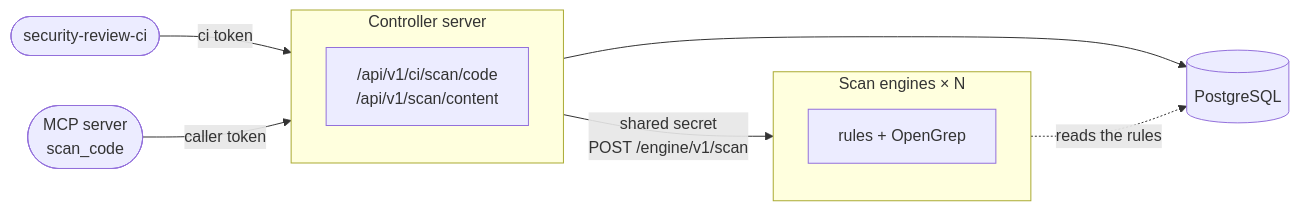
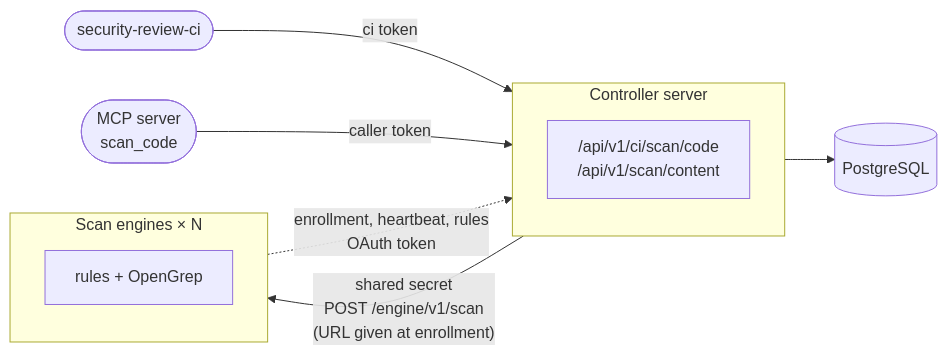
One commit to cyr-ius/security-review changed the diagram in docs/advanced/architecture/scan-engine.md. Above: the diagram before and after it, drawn with Mermaid. The commit also changed other lines of this file and 63 other files, not shown here.

````diff
--- a/docs/advanced/architecture/scan-engine.md
+++ b/docs/advanced/architecture/scan-engine.md
@@ -11,14 +11,14 @@
 ```mermaid
 flowchart LR
     ci(["security-review-ci"]) -- "ci token" --> ctl
     mcp(["MCP server<br/>scan_code"]) -- "caller token" --> ctl
     subgraph ctl["Controller server"]
         ctlr["/api/v1/ci/scan/code<br/>/api/v1/scan/content"]
     end
-    ctl -- "shared secret<br/>POST /engine/v1/scan" --> eng
+    ctl -- "shared secret<br/>POST /engine/v1/scan<br/>(URL given at enrollment)" --> eng
+    eng -. "enrollment, heartbeat, rules<br/>OAuth token" .-> ctl
     subgraph eng["Scan engines × N"]
         engr["rules + OpenGrep"]
     end
     ctl --> db[("PostgreSQL")]
-    eng -. "reads the rules" .-> db
 ```
````
